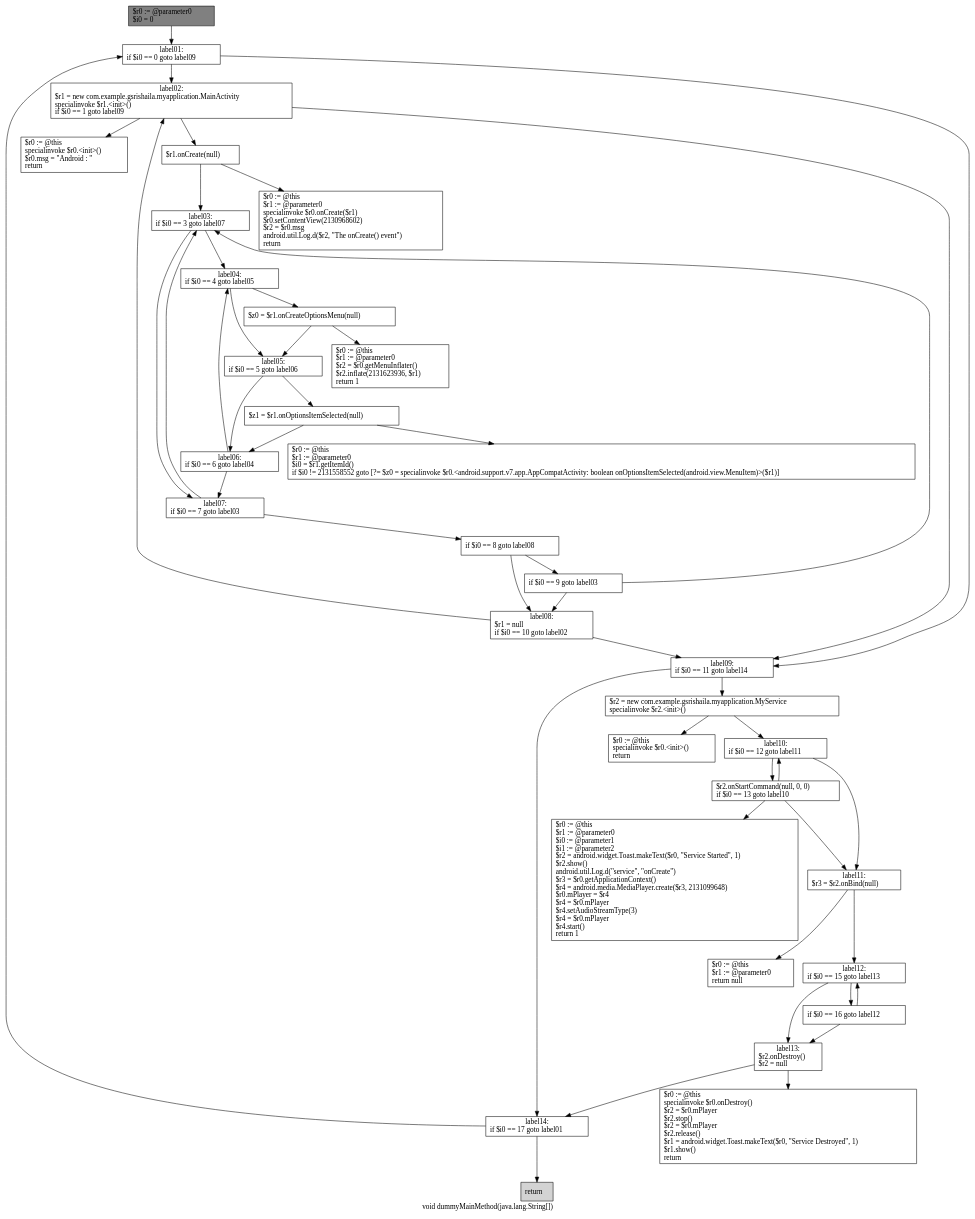
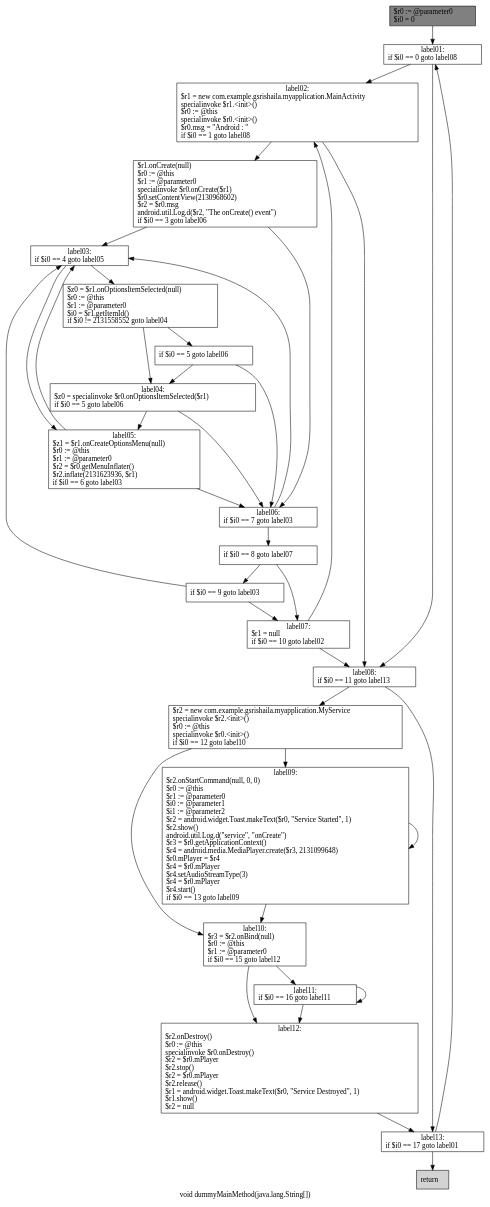
The diagram in soot-infoflow-android-develop/dummyMainMethod333.dot (gsrishaila/summer), drawn with Graphviz before and after one commit. The commit also changed 8 other files, not shown here.

```diff
--- a/soot-infoflow-android-develop/dummyMainMethod333.dot
+++ b/soot-infoflow-android-develop/dummyMainMethod333.dot
@@ -1,83 +1,63 @@
 digraph "void dummyMainMethod(java.lang.String[])" {
     label="void dummyMainMethod(java.lang.String[])";
     node [shape=box];
     "0" [style=filled,fillcolor=gray,label="$r0 := @parameter0\l$i0 = 0\l",];
-    "1" [label="label01:\nif $i0 == 0 goto label09\l",];
+    "1" [label="label01:\nif $i0 == 0 goto label08\l",];
     "0"->"1";
-    "2" [label="label02:\n$r1 = new com.example.gsrishaila.myapplication.MainActivity\lspecialinvoke $r1.<init>()\lif $i0 == 1 goto label09\l",];
+    "2" [label="label02:\n$r1 = new com.example.gsrishaila.myapplication.MainActivity\lspecialinvoke $r1.<init>()\l$r0 := @this\lspecialinvoke $r0.<init>()\l$r0.msg = \"Android : \"\lif $i0 == 1 goto label08\l",];
     "1"->"2";
-    "14" [label="label09:\nif $i0 == 11 goto label14\l",];
-    "1"->"14";
-    "3" [label="$r1.onCreate(null)\l",];
+    "13" [label="label08:\nif $i0 == 11 goto label13\l",];
+    "1"->"13";
+    "3" [label="$r1.onCreate(null)\l$r0 := @this\l$r1 := @parameter0\lspecialinvoke $r0.onCreate($r1)\l$r0.setContentView(2130968602)\l$r2 = $r0.msg\landroid.util.Log.d($r2, \"The onCreate() event\")\lif $i0 == 3 goto label06\l",];
     "2"->"3";
-    "2"->"14";
-    "24" [label="$r0 := @this\lspecialinvoke $r0.<init>()\l$r0.msg = \"Android : \"\lreturn\l",];
-    "2"->"24";
-    "4" [label="label03:\nif $i0 == 3 goto label07\l",];
+    "2"->"13";
+    "4" [label="label03:\nif $i0 == 4 goto label05\l",];
     "3"->"4";
-    "25" [label="$r0 := @this\l$r1 := @parameter0\lspecialinvoke $r0.onCreate($r1)\l$r0.setContentView(2130968602)\l$r2 = $r0.msg\landroid.util.Log.d($r2, \"The onCreate() event\")\lreturn\l",];
-    "3"->"25";
-    "5" [label="label04:\nif $i0 == 4 goto label05\l",];
+    "9" [label="label06:\nif $i0 == 7 goto label03\l",];
+    "3"->"9";
+    "5" [label="$z0 = $r1.onOptionsItemSelected(null)\l$r0 := @this\l$r1 := @parameter0\l$i0 = $r1.getItemId()\lif $i0 != 2131558552 goto label04\l",];
     "4"->"5";
-    "10" [label="label07:\nif $i0 == 7 goto label03\l",];
-    "4"->"10";
-    "6" [label="$z0 = $r1.onCreateOptionsMenu(null)\l",];
+    "8" [label="label05:\n$z1 = $r1.onCreateOptionsMenu(null)\l$r0 := @this\l$r1 := @parameter0\l$r2 = $r0.getMenuInflater()\l$r2.inflate(2131623936, $r1)\lif $i0 == 6 goto label03\l",];
+    "4"->"8";
+    "6" [label="if $i0 == 5 goto label06\l",];
     "5"->"6";
-    "7" [label="label05:\nif $i0 == 5 goto label06\l",];
+    "7" [label="label04:\n$z0 = specialinvoke $r0.onOptionsItemSelected($r1)\lif $i0 == 5 goto label06\l",];
     "5"->"7";
     "6"->"7";
-    "26" [label="$r0 := @this\l$r1 := @parameter0\l$r2 = $r0.getMenuInflater()\l$r2.inflate(2131623936, $r1)\lreturn 1\l",];
-    "6"->"26";
-    "8" [label="$z1 = $r1.onOptionsItemSelected(null)\l",];
+    "6"->"9";
     "7"->"8";
-    "9" [label="label06:\nif $i0 == 6 goto label04\l",];
     "7"->"9";
+    "8"->"4";
     "8"->"9";
-    "27" [label="$r0 := @this\l$r1 := @parameter0\l$i0 = $r1.getItemId()\lif $i0 != 2131558552 goto [?= $z0 = specialinvoke $r0.<android.support.v7.app.AppCompatActivity: boolean onOptionsItemSelected(android.view.MenuItem)>($r1)]\l",];
-    "8"->"27";
-    "9"->"5";
+    "9"->"4";
+    "10" [label="if $i0 == 8 goto label07\l",];
     "9"->"10";
-    "10"->"4";
-    "11" [label="if $i0 == 8 goto label08\l",];
+    "11" [label="if $i0 == 9 goto label03\l",];
     "10"->"11";
-    "12" [label="if $i0 == 9 goto label03\l",];
+    "12" [label="label07:\n$r1 = null\lif $i0 == 10 goto label02\l",];
+    "10"->"12";
+    "11"->"4";
     "11"->"12";
-    "13" [label="label08:\n$r1 = null\lif $i0 == 10 goto label02\l",];
-    "11"->"13";
-    "12"->"4";
+    "12"->"2";
     "12"->"13";
-    "13"->"2";
+    "14" [label="$r2 = new com.example.gsrishaila.myapplication.MyService\lspecialinvoke $r2.<init>()\l$r0 := @this\lspecialinvoke $r0.<init>()\lif $i0 == 12 goto label10\l",];
     "13"->"14";
-    "15" [label="$r2 = new com.example.gsrishaila.myapplication.MyService\lspecialinvoke $r2.<init>()\l",];
+    "19" [label="label13:\nif $i0 == 17 goto label01\l",];
+    "13"->"19";
+    "15" [label="label09:\n$r2.onStartCommand(null, 0, 0)\l$r0 := @this\l$r1 := @parameter0\l$i0 := @parameter1\l$i1 := @parameter2\l$r2 = android.widget.Toast.makeText($r0, \"Service Started\", 1)\l$r2.show()\landroid.util.Log.d(\"service\", \"onCreate\")\l$r3 = $r0.getApplicationContext()\l$r4 = android.media.MediaPlayer.create($r3, 2131099648)\l$r0.mPlayer = $r4\l$r4 = $r0.mPlayer\l$r4.setAudioStreamType(3)\l$r4 = $r0.mPlayer\l$r4.start()\lif $i0 == 13 goto label09\l",];
     "14"->"15";
-    "22" [label="label14:\nif $i0 == 17 goto label01\l",];
-    "14"->"22";
-    "16" [label="label10:\nif $i0 == 12 goto label11\l",];
+    "16" [label="label10:\n$r3 = $r2.onBind(null)\l$r0 := @this\l$r1 := @parameter0\lif $i0 == 15 goto label12\l",];
+    "14"->"16";
+    "15"->"15";
     "15"->"16";
-    "28" [label="$r0 := @this\lspecialinvoke $r0.<init>()\lreturn\l",];
-    "15"->"28";
-    "17" [label="$r2.onStartCommand(null, 0, 0)\lif $i0 == 13 goto label10\l",];
+    "17" [label="label11:\nif $i0 == 16 goto label11\l",];
     "16"->"17";
-    "18" [label="label11:\n$r3 = $r2.onBind(null)\l",];
+    "18" [label="label12:\n$r2.onDestroy()\l$r0 := @this\lspecialinvoke $r0.onDestroy()\l$r2 = $r0.mPlayer\l$r2.stop()\l$r2 = $r0.mPlayer\l$r2.release()\l$r1 = android.widget.Toast.makeText($r0, \"Service Destroyed\", 1)\l$r1.show()\l$r2 = null\l",];
     "16"->"18";
-    "17"->"16";
+    "17"->"17";
     "17"->"18";
-    "29" [label="$r0 := @this\l$r1 := @parameter0\l$i0 := @parameter1\l$i1 := @parameter2\l$r2 = android.widget.Toast.makeText($r0, \"Service Started\", 1)\l$r2.show()\landroid.util.Log.d(\"service\", \"onCreate\")\l$r3 = $r0.getApplicationContext()\l$r4 = android.media.MediaPlayer.create($r3, 2131099648)\l$r0.mPlayer = $r4\l$r4 = $r0.mPlayer\l$r4.setAudioStreamType(3)\l$r4 = $r0.mPlayer\l$r4.start()\lreturn 1\l",];
-    "17"->"29";
-    "19" [label="label12:\nif $i0 == 15 goto label13\l",];
     "18"->"19";
-    "30" [label="$r0 := @this\l$r1 := @parameter0\lreturn null\l",];
-    "18"->"30";
-    "20" [label="if $i0 == 16 goto label12\l",];
+    "19"->"1";
+    "20" [style=filled,fillcolor=lightgray,label="return\l",];
     "19"->"20";
-    "21" [label="label13:\n$r2.onDestroy()\l$r2 = null\l",];
-    "19"->"21";
-    "20"->"19";
-    "20"->"21";
-    "21"->"22";
-    "31" [label="$r0 := @this\lspecialinvoke $r0.onDestroy()\l$r2 = $r0.mPlayer\l$r2.stop()\l$r2 = $r0.mPlayer\l$r2.release()\l$r1 = android.widget.Toast.makeText($r0, \"Service Destroyed\", 1)\l$r1.show()\lreturn\l",];
-    "21"->"31";
-    "22"->"1";
-    "23" [style=filled,fillcolor=lightgray,label="return\l",];
-    "22"->"23";
 }
```
